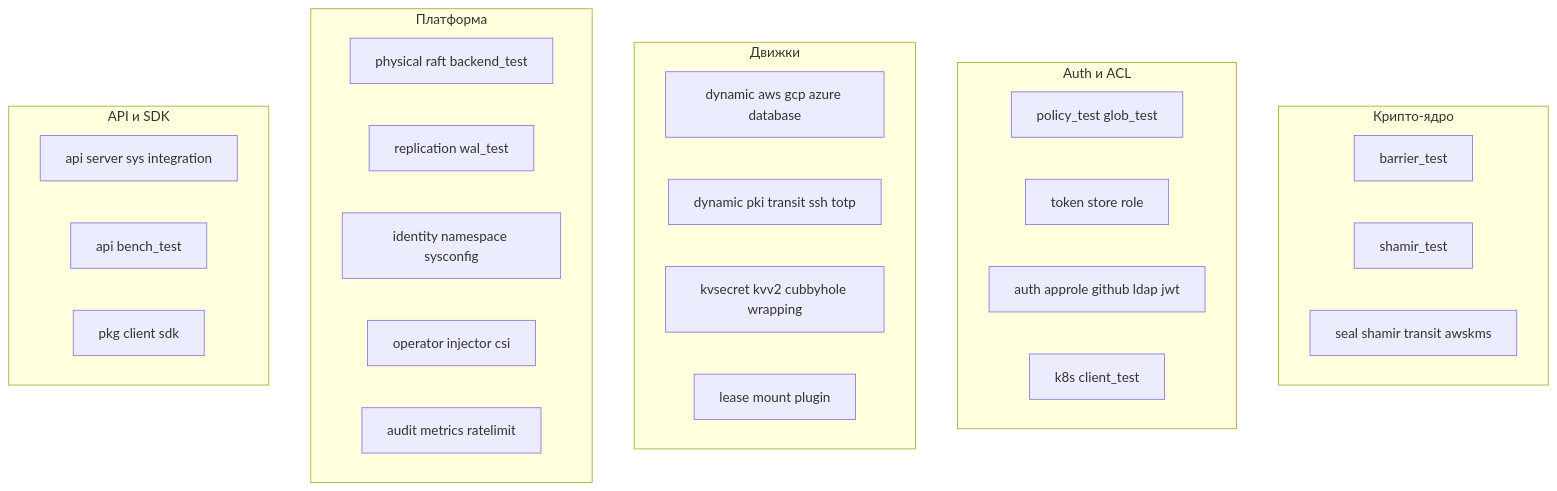
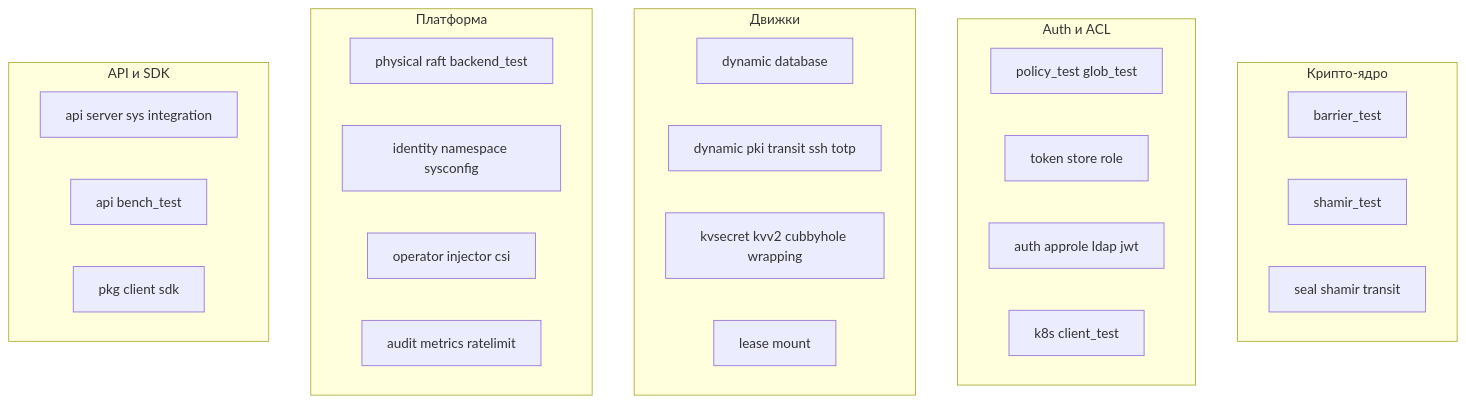
The first of 3 diagrams in docs/06-testing.md (NAGenaev/tuck), drawn with Mermaid before and after one commit. The commit also changed other lines of this file and 23 other files, not shown here.

````diff
--- a/docs/06-testing.md
+++ b/docs/06-testing.md
@@ -24,32 +24,31 @@
 ```mermaid
 flowchart TB
     subgraph crypto["Крипто-ядро"]
         t1[barrier_test]
         t2[shamir_test]
-        t3[seal shamir transit awskms]
+        t3[seal shamir transit]
     end
     subgraph authz["Auth и ACL"]
         t4[policy_test glob_test]
         t5[token store role]
-        t6[auth approle github ldap jwt]
+        t6[auth approle ldap jwt]
         t7[k8s client_test]
     end
     subgraph engines["Движки"]
-        t8[dynamic aws gcp azure database]
+        t8[dynamic database]
         t9[dynamic pki transit ssh totp]
         t10[kvsecret kvv2 cubbyhole wrapping]
-        t11[lease mount plugin]
+        t11[lease mount]
     end
     subgraph platform["Платформа"]
         t12[physical raft backend_test]
-        t13[replication wal_test]
         t14[identity namespace sysconfig]
         t15[operator injector csi]
         t16[audit metrics ratelimit]
     end
     subgraph api["API и SDK"]
         t17[api server sys integration]
         t18[api bench_test]
         t19[pkg client sdk]
     end
 ```
````
